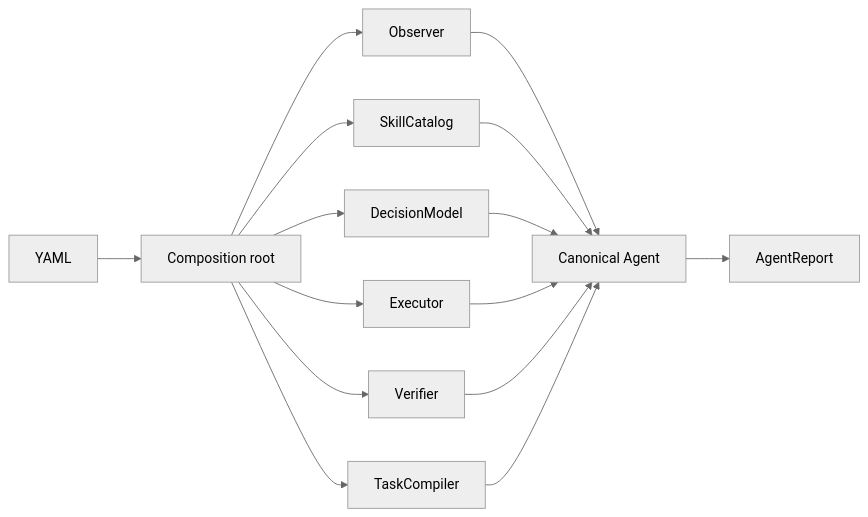
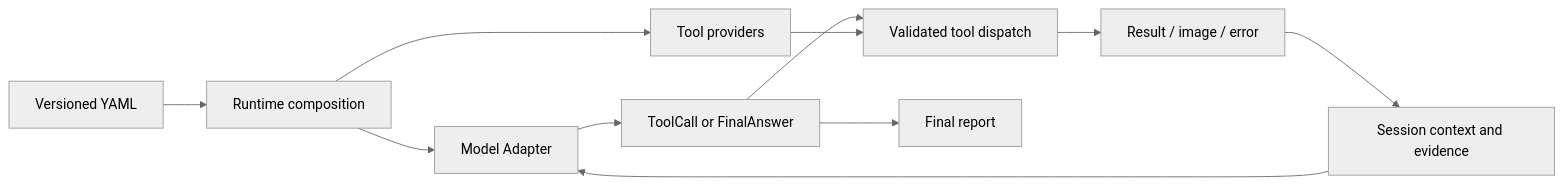
The diagram in docs/architecture.md (qianyuhang16/HumanoidAgent), drawn with Mermaid (neutral theme) before and after one commit. The commit also changed other lines of this file and 56 other files, not shown here.

First line of the commit message:
refactor: implement model-directed tool agent

````diff
--- a/docs/architecture.md
+++ b/docs/architecture.md
@@ -22,17 +5,13 @@
 ```mermaid
 flowchart LR
-  Y[YAML] --> C[Composition root]
-  C --> O[Observer]
-  C --> S[SkillCatalog]
-  C --> D[DecisionModel]
-  C --> E[Executor]
-  C --> V[Verifier]
-  C --> T[TaskCompiler]
-  O --> A[Canonical Agent]
-  S --> A
-  D --> A
-  E --> A
-  V --> A
-  T --> A
-  A --> R[AgentReport]
+    YAML[Versioned YAML] --> Runtime[Runtime composition]
+    Runtime --> Model[Model Adapter]
+    Runtime --> Tools[Tool providers]
+    Session[Session context and evidence] --> Model
+    Model --> Call[ToolCall or FinalAnswer]
+    Call --> Dispatch[Validated tool dispatch]
+    Tools --> Dispatch
+    Dispatch --> Result[Result / image / error]
+    Result --> Session
+    Call --> Report[Final report]
 ```
````
